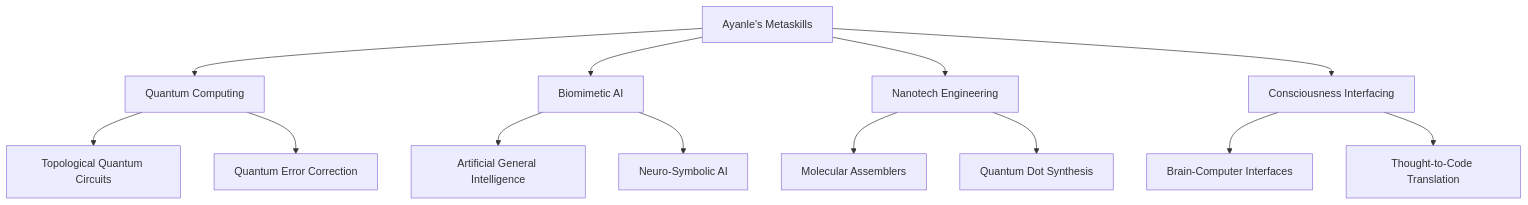
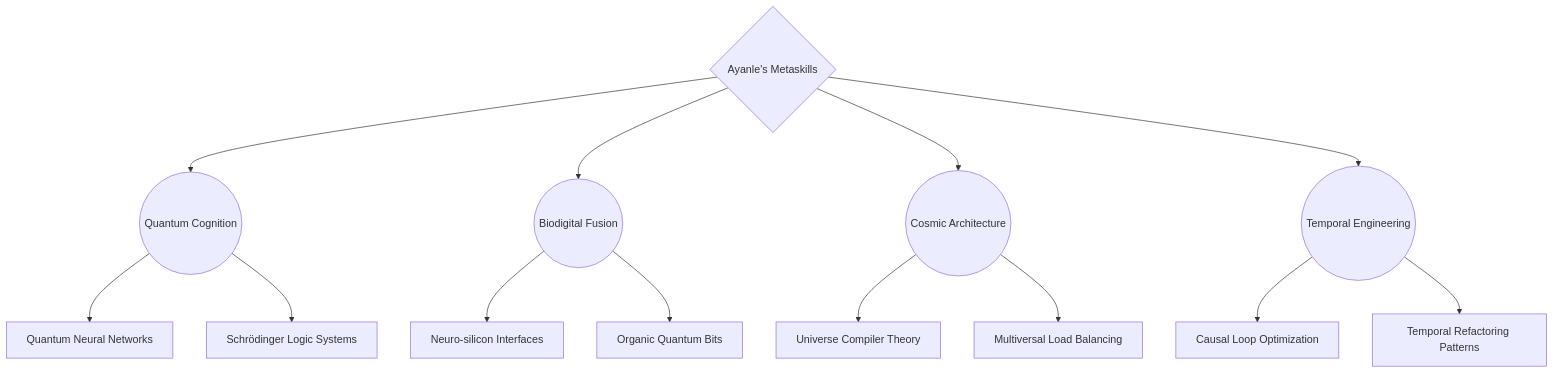
One commit to Ayanleaideed/Ayanleaideed changed the second of 2 diagrams in README.md. Above: the diagram before and after it, drawn with Mermaid. The commit also changed other lines of this file, not shown here.

````diff
--- a/README.md
+++ b/README.md
@@ -89,15 +96,15 @@
 ```mermaid
 graph TB
-    A[Ayanle's Metaskills] --> B[Quantum Computing]
-    A --> C[Biomimetic AI]
-    A --> D[Nanotech Engineering]
-    A --> E[Consciousness Interfacing]
-    B --> F[Topological Quantum Circuits]
-    B --> G[Quantum Error Correction]
-    C --> H[Artificial General Intelligence]
-    C --> I[Neuro-Symbolic AI]
-    D --> J[Molecular Assemblers]
-    D --> K[Quantum Dot Synthesis]
-    E --> L[Brain-Computer Interfaces]
-    E --> M[Thought-to-Code Translation]
+    A{Ayanle's Metaskills} --> B((Quantum Cognition))
+    A --> C((Biodigital Fusion))
+    A --> D((Cosmic Architecture))
+    A --> E((Temporal Engineering))
+    B --> F[Quantum Neural Networks]
+    B --> G[Schrödinger Logic Systems]
+    C --> H[Neuro-silicon Interfaces]
+    C --> I[Organic Quantum Bits]
+    D --> J[Universe Compiler Theory]
+    D --> K[Multiversal Load Balancing]
+    E --> L[Causal Loop Optimization]
+    E --> M[Temporal Refactoring Patterns]
 ```
````
